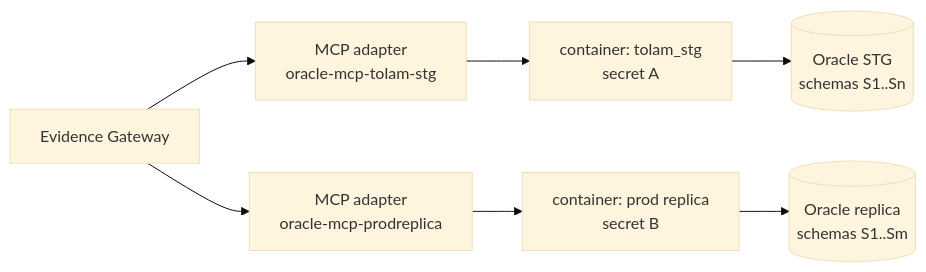
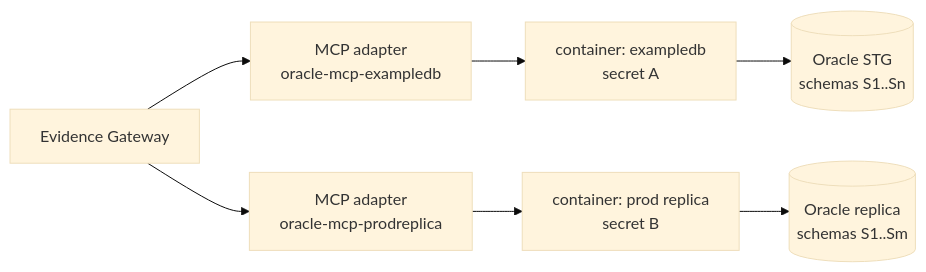
Before and after one commit to balajit/investigation-agent-platform: the diagram in docs/IAP-implementation-part3-knowledge-v1.0-addendum-oracle-mcp.md, drawn with Mermaid (base theme). The commit also changed other lines of this file and 13 other files, not shown here.

Commit message:
Added oracle mcp support

````diff
--- a/docs/IAP-implementation-part3-knowledge-v1.0-addendum-oracle-mcp.md
+++ b/docs/IAP-implementation-part3-knowledge-v1.0-addendum-oracle-mcp.md
@@ -13,9 +13,9 @@
 ```mermaid
 flowchart LR
-    GW["Evidence Gateway"] --> M1["MCP adapter<br/>oracle-mcp-tolam-stg"]
+    GW["Evidence Gateway"] --> M1["MCP adapter<br/>oracle-mcp-exampledb"]
     GW --> M2["MCP adapter<br/>oracle-mcp-prodreplica"]
-    M1 --> C1["container: tolam_stg<br/>secret A"]
+    M1 --> C1["container: exampledb<br/>secret A"]
     M2 --> C2["container: prod replica<br/>secret B"]
     C1 --> DB1[("Oracle STG<br/>schemas S1..Sn")]
     C2 --> DB2[("Oracle replica<br/>schemas S1..Sm")]
 ```
````
